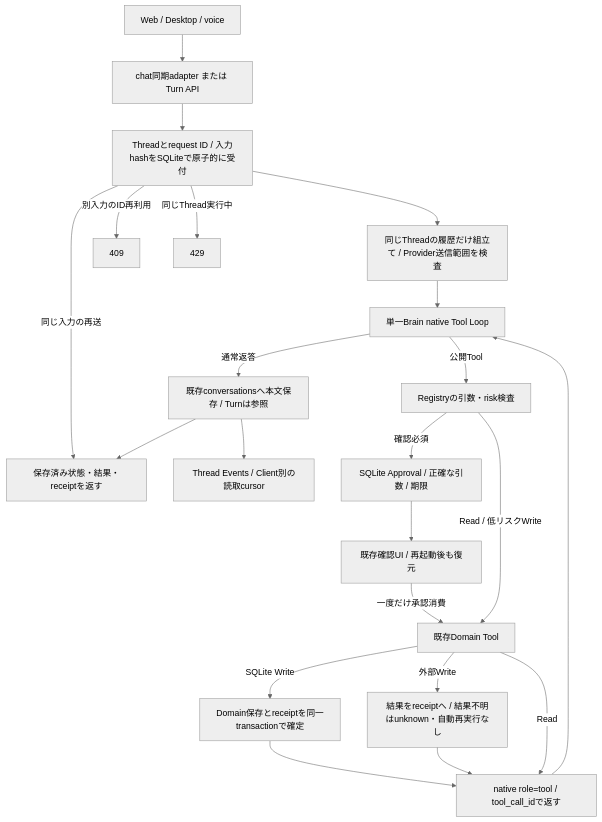
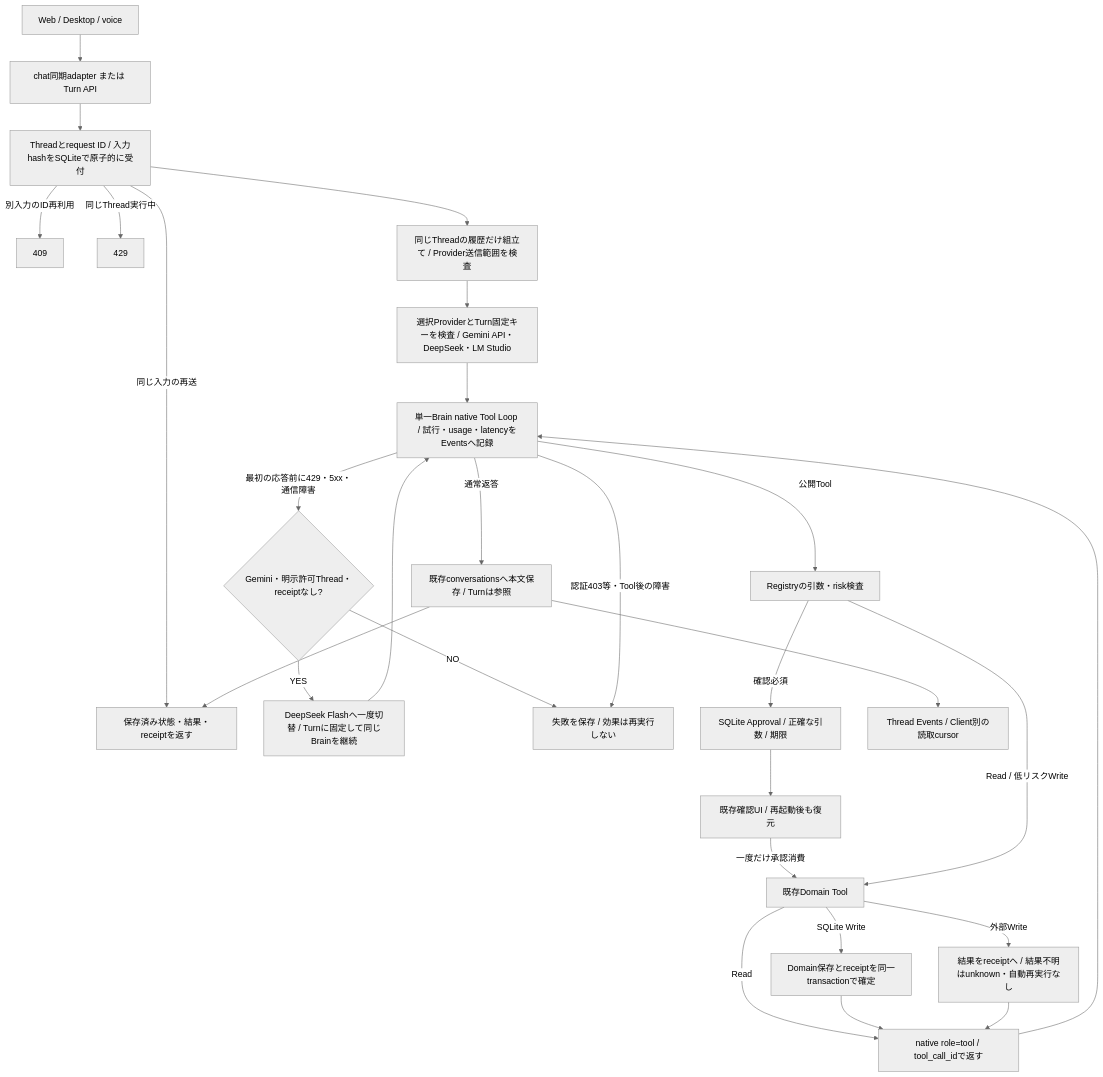
One commit to Soso2e/PETIT changed the first of 29 diagrams in docs/runtime-flows.md. Above: the diagram before and after it, drawn with Mermaid (neutral theme). The commit also changed other lines of this file and 23 other files, not shown here.

````diff
--- a/docs/runtime-flows.md
+++ b/docs/runtime-flows.md
@@ -9,24 +9,30 @@
 ```mermaid
 flowchart TD
     C[Web / Desktop / voice] --> A[chat同期adapter または Turn API]
     A --> L[Threadとrequest ID / 入力hashをSQLiteで原子的に受付]
     L -->|同じ入力の再送| R[保存済み状態・結果・receiptを返す]
     L -->|別入力のID再利用| Conflict[409]
     L -->|同じThread実行中| Busy[429]
     L --> B[同じThreadの履歴だけ組立て / Provider送信範囲を検査]
-    B --> Brain[単一Brain native Tool Loop]
+    B --> Provider[選択ProviderとTurn固定キーを検査 / Gemini API・DeepSeek・LM Studio]
+    Provider --> Brain[単一Brain native Tool Loop / 試行・usage・latencyをEventsへ記録]
+    Brain -->|最初の応答前に429・5xx・通信障害| Consent{Gemini・明示許可Thread・receiptなし?}
+    Consent -->|YES| Fallback[DeepSeek Flashへ一度切替 / Turnに固定して同じBrainを継続]
+    Fallback --> Brain
+    Consent -->|NO| Failure[失敗を保存 / 効果は再実行しない]
+    Brain -->|認証403等・Tool後の障害| Failure
     Brain -->|通常返答| Save[既存conversationsへ本文保存 / Turnは参照]
     Brain -->|公開Tool| V[Registryの引数・risk検査]
     V -->|確認必須| P[SQLite Approval / 正確な引数 / 期限]
     P --> U[既存確認UI / 再起動後も復元]
     U -->|一度だけ承認消費| E[既存Domain Tool]
     V -->|Read / 低リスクWrite| E
     E -->|SQLite Write| T[Domain保存とreceiptを同一transactionで確定]
     E -->|外部Write| X[結果をreceiptへ / 結果不明はunknown・自動再実行なし]
     E -->|Read| N[native role=tool / tool_call_idで返す]
     T --> N
     X --> N
     N --> Brain
     Save --> R
     Save --> EV[Thread Events / Client別の読取cursor]
 ```
````
